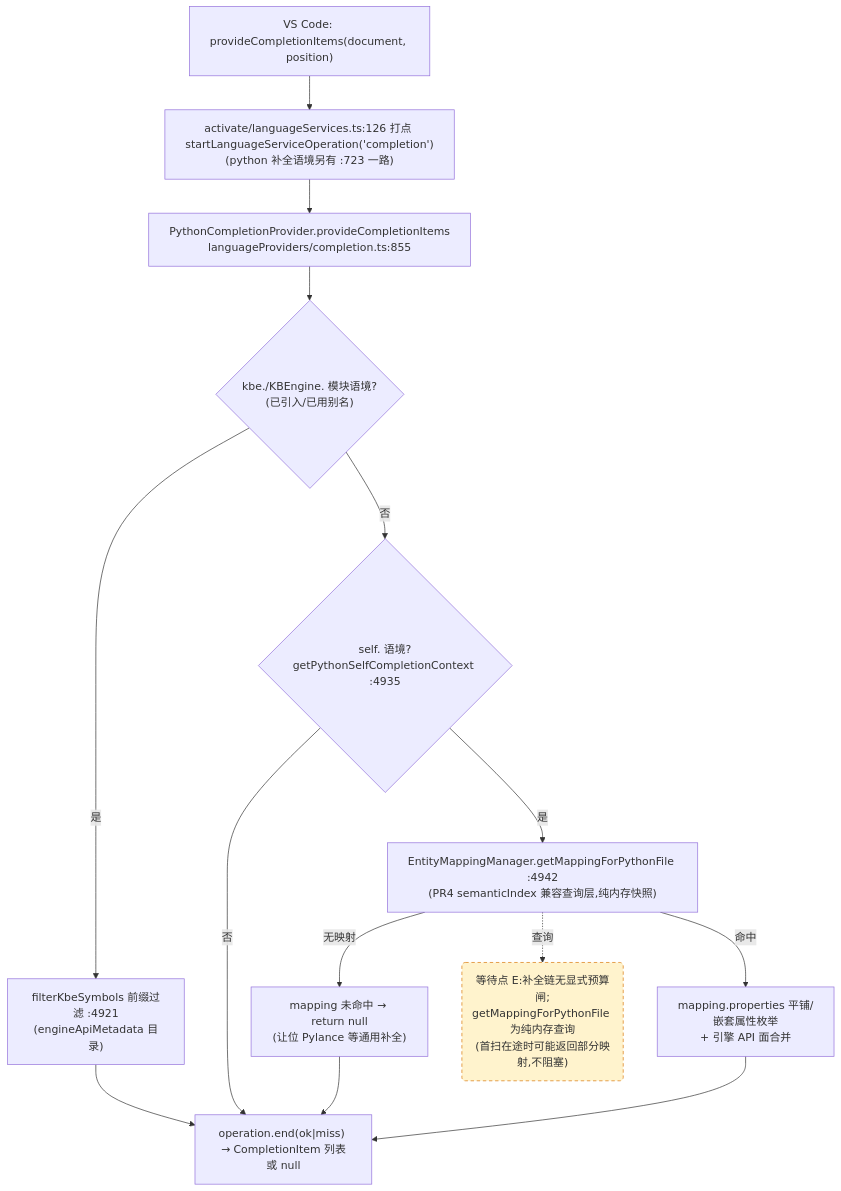
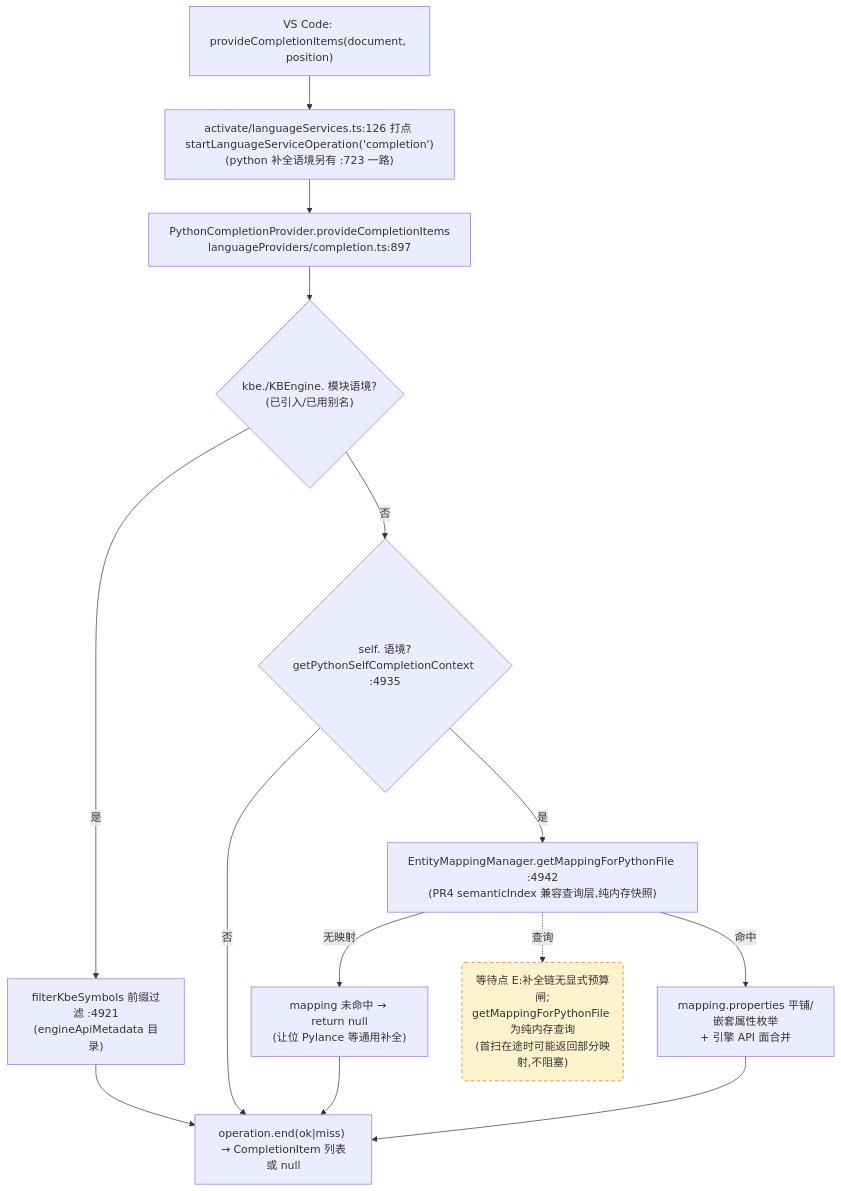
The third of 4 diagrams in docs/perf/2026-baseline.md (cuihairu/kode), drawn with Mermaid before and after one commit. The commit also changed other lines of this file and 14 other files, not shown here.

````diff
--- a/docs/perf/2026-baseline.md
+++ b/docs/perf/2026-baseline.md
@@ -189,27 +189,27 @@
 ```mermaid
 flowchart TD
   VC3["VS Code: provideCompletionItems(document, position)"]
   M3["activate/languageServices.ts:126 打点 startLanguageServiceOperation('completion')<br/>(python 补全语境另有 :723 一路)"]
-  CP["PythonCompletionProvider.provideCompletionItems<br/>languageProviders/completion.ts:855"]
+  CP["PythonCompletionProvider.provideCompletionItems<br/>languageProviders/completion.ts:897"]
   KBEC{"kbe./KBEngine. 模块语境?<br/>(已引入/已用别名)"}
   FILTER["filterKbeSymbols 前缀过滤 :4921<br/>(engineApiMetadata 目录)"]
   SELFC{"self. 语境?<br/>getPythonSelfCompletionContext :4935"}
   MAP["EntityMappingManager.getMappingForPythonFile :4942<br/>(PR4 semanticIndex 兼容查询层,纯内存快照)"]
   NOMAP["mapping 未命中 → return null<br/>(让位 Pylance 等通用补全)"]
   PROPS["mapping.properties 平铺/嵌套属性枚举<br/>+ 引擎 API 面合并"]
   END3["operation.end(ok|miss) → CompletionItem 列表或 null"]
 
   VC3 --> M3 --> CP --> KBEC
   KBEC -- "是" --> FILTER --> END3
   KBEC -- "否" --> SELFC
   SELFC -- "否" --> END3
   SELFC -- "是" --> MAP
   MAP -- "无映射" --> NOMAP --> END3
   MAP -- "命中" --> PROPS --> END3
 
   WAITE("等待点 E:补全链无显式预算闸;<br/>getMappingForPythonFile 为纯内存查询<br/>(首扫在途时可能返回部分映射,不阻塞)")
   MAP -.->|查询| WAITE
 
   classDef waitPoint fill:#fff3cd,stroke:#d97706,stroke-dasharray:5 4;
   class WAITE waitPoint;
 ```
````
